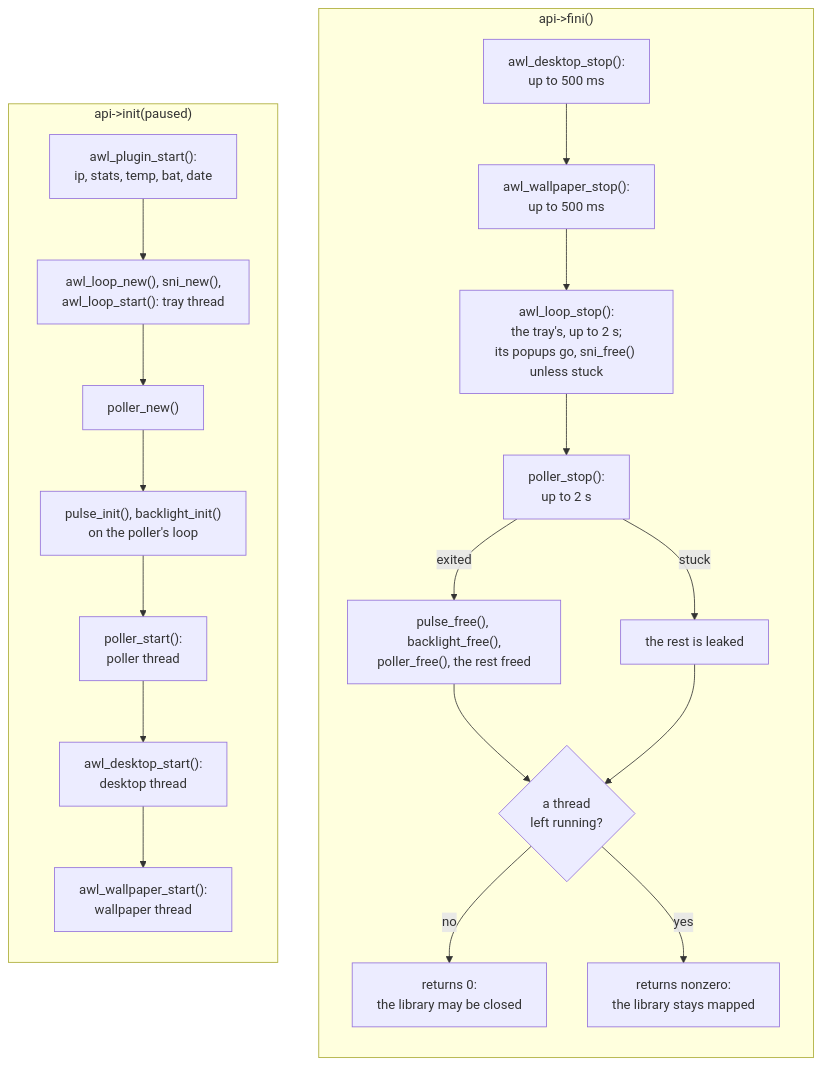
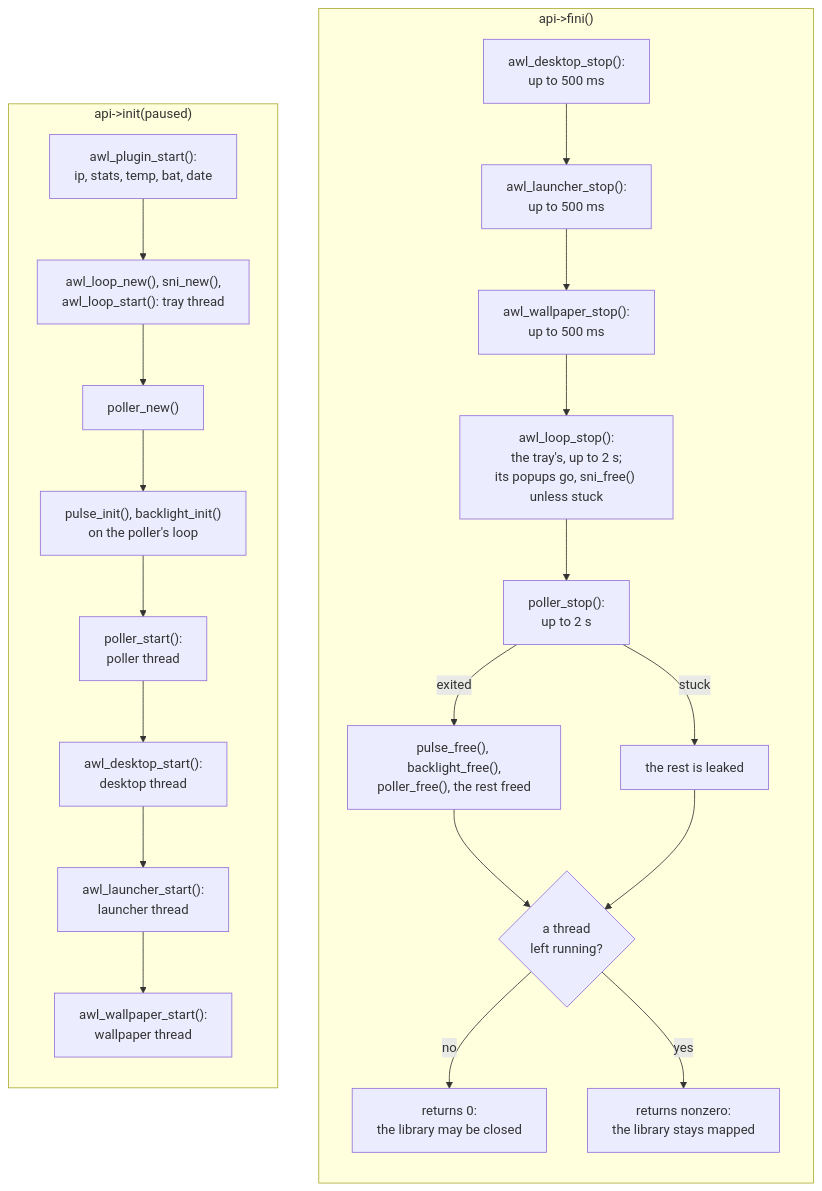
Before and after one commit to alcubierre-drive/awl: the third of 3 diagrams in doc/reload.rst, drawn with Mermaid. The commit also changed other lines of this file and 37 other files, not shown here.

Commit message:
launcher with .desktop files

```diff
--- a/doc/reload.rst
+++ b/doc/reload.rst
@@ -129,22 +130,22 @@
 .. mermaid::
 
    flowchart LR
      subgraph init["api->init(paused)"]
        direction TB
        i1["awl_plugin_start():<br/>ip, stats, temp, bat, date"] --> i1b["awl_loop_new(), sni_new(),<br/>awl_loop_start(): tray thread"] --> i2["poller_new()"]
        i2 --> i3["pulse_init(), backlight_init()<br/>on the poller's loop"] --> i4["poller_start():<br/>poller thread"]
-       i4 --> i5["awl_desktop_start():<br/>desktop thread"] --> i6["awl_wallpaper_start():<br/>wallpaper thread"]
+       i4 --> i5["awl_desktop_start():<br/>desktop thread"] --> i5b["awl_launcher_start():<br/>launcher thread"] --> i6["awl_wallpaper_start():<br/>wallpaper thread"]
      end
      subgraph fini["api->fini()"]
        direction TB
-       f1["awl_desktop_stop():<br/>up to 500 ms"] --> f2["awl_wallpaper_stop():<br/>up to 500 ms"]
+       f1["awl_desktop_stop():<br/>up to 500 ms"] --> f1b["awl_launcher_stop():<br/>up to 500 ms"] --> f2["awl_wallpaper_stop():<br/>up to 500 ms"]
        f2 --> ft["awl_loop_stop():<br/>the tray's, up to 2 s;<br/>its popups go, sni_free() unless stuck"]
        ft --> f3["poller_stop():<br/>up to 2 s"]
        f3 -- exited --> f4["pulse_free(), backlight_free(),<br/>poller_free(), the rest freed"]
        f3 -- stuck --> f5["the rest is leaked"]
        f4 --> stuck{"a thread<br/>left running?"}
        f5 --> stuck
        stuck -- no --> r0["returns 0:<br/>the library may be closed"]
        stuck -- yes --> r1["returns nonzero:<br/>the library stays mapped"]
      end
      init ~~~ fini
```
